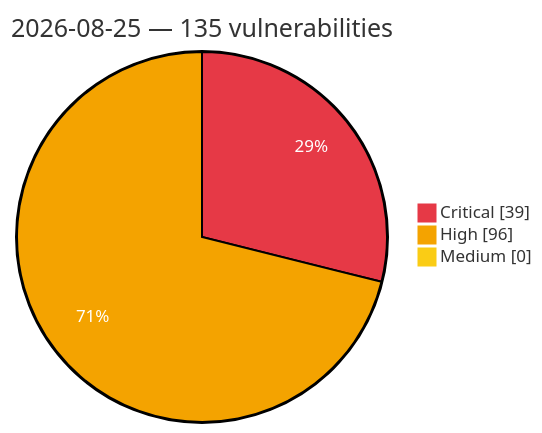
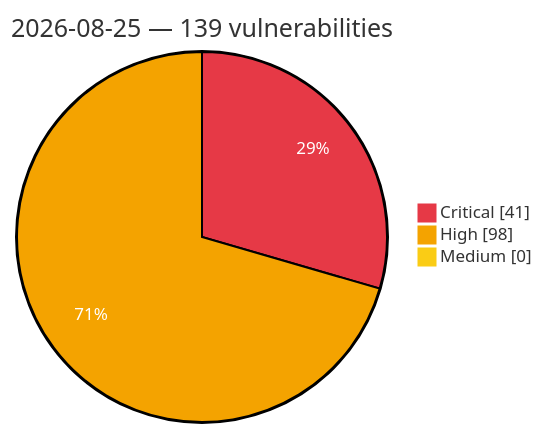
Before and after one commit to GhostX0X/vuln-tracker: the diagram in vulnerabilities/2026/August/2026-08-25.md, drawn with Mermaid. The commit also changed other lines of this file and 5 other files, not shown here.

Commit message:
Auto update: critical/high vulns (2026-08-25 23:37 UTC)

````diff
--- a/vulnerabilities/2026/August/2026-08-25.md
+++ b/vulnerabilities/2026/August/2026-08-25.md
@@ -3,8 +3,8 @@
 ```mermaid
 %%{init: {'theme':'base', 'themeVariables': {'pie1':'#e63946', 'pie2':'#f4a300', 'pie3':'#facc15', 'pieOpacity':'1', 'pieOuterStrokeWidth':'2px', 'pieSectionTextColor':'#ffffff'}}}%%
 pie showData
-    title 2026-08-25 — 135 vulnerabilities
-    "Critical" : 39
-    "High" : 96
+    title 2026-08-25 — 139 vulnerabilities
+    "Critical" : 41
+    "High" : 98
     "Medium" : 0
 ```
````
